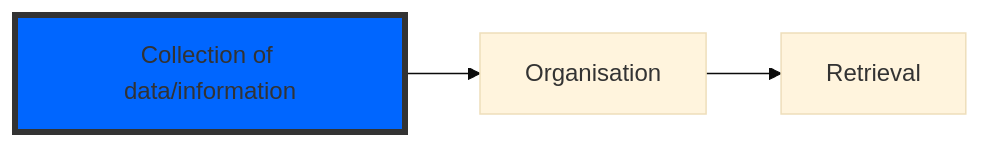
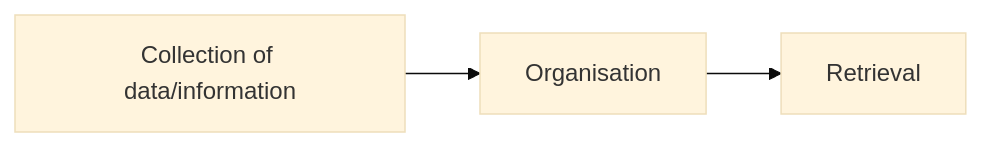
One commit to giorgio-bendoni/giorgio-bendoni.github.io changed the second of 3 diagrams in myworkflow.md. Above: the diagram before and after it, drawn with Mermaid (base theme). The commit also changed other lines of this file, not shown here.

```diff
--- a/myworkflow.md
+++ b/myworkflow.md
@@ -22,5 +24,4 @@
 <div class="mermaid">
 graph LR
   A[Collection of data/information]-->B[Organisation]-->C[Retrieval]
-style A fill:#06f,stroke:#333,stroke-width:4px
 </div>
```
